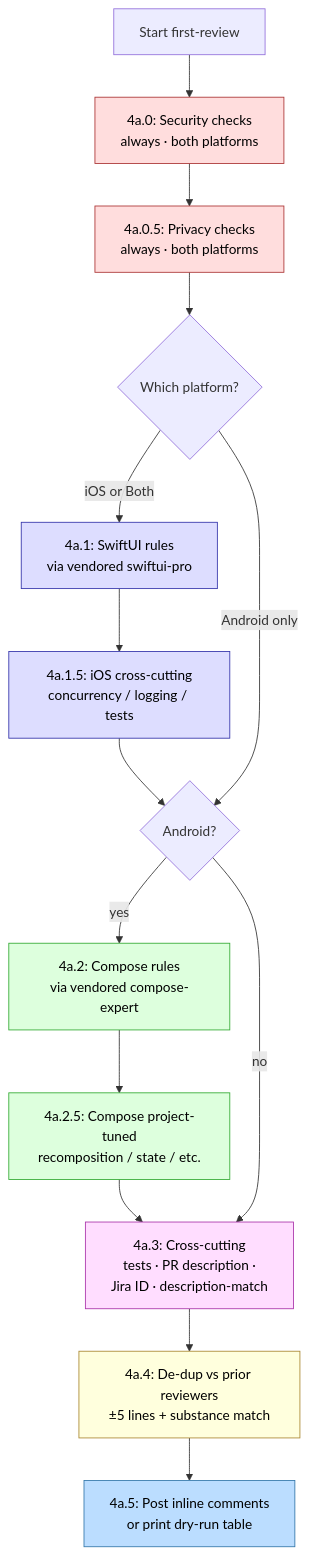
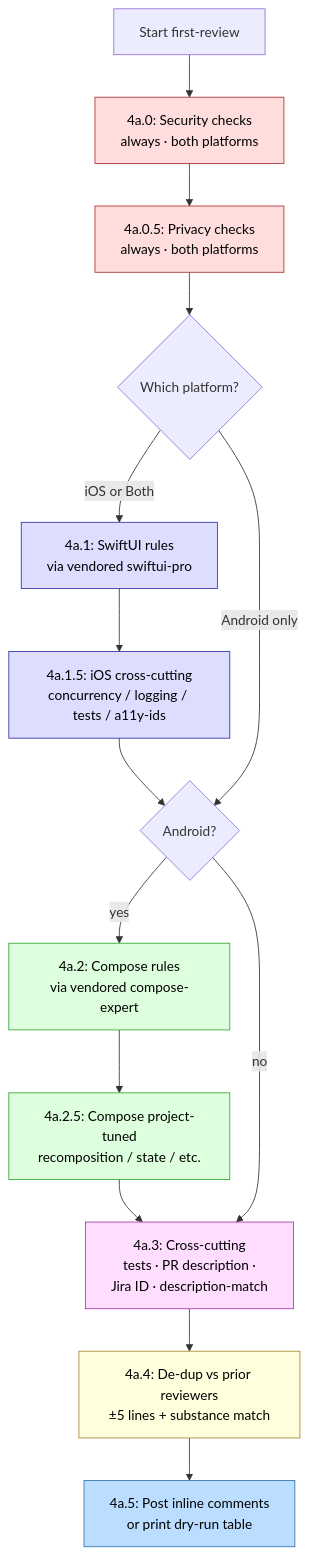
Before and after one commit to pkesavangg/pr-review-skills: the sixth of 15 diagrams in HOW-IT-WORKS.md, drawn with Mermaid. The commit also changed other lines of this file and 3 other files, not shown here.

````diff
--- a/HOW-IT-WORKS.md
+++ b/HOW-IT-WORKS.md
@@ -197,31 +197,31 @@
 ```mermaid
 flowchart TD
     Start[Start first-review] --> S40[4a.0: Security checks<br/>always · both platforms]
     S40 --> S405[4a.0.5: Privacy checks<br/>always · both platforms]
     S405 --> PlatBranch{Which platform?}
 
     PlatBranch -- iOS or Both --> S41[4a.1: SwiftUI rules<br/>via vendored swiftui-pro]
-    S41 --> S415[4a.1.5: iOS cross-cutting<br/>concurrency / logging / tests]
+    S41 --> S415[4a.1.5: iOS cross-cutting<br/>concurrency / logging / tests / a11y-ids]
     S415 --> AndroidGate
 
     PlatBranch -- Android only --> AndroidGate{Android?}
     AndroidGate -- yes --> S42[4a.2: Compose rules<br/>via vendored compose-expert]
     S42 --> S425[4a.2.5: Compose project-tuned<br/>recomposition / state / etc.]
     S425 --> S43
 
     AndroidGate -- no --> S43
 
     S43[4a.3: Cross-cutting<br/>tests · PR description ·<br/>Jira ID · description-match]
     S43 --> S44[4a.4: De-dup vs prior reviewers<br/>±5 lines + substance match]
     S44 --> S45[4a.5: Post inline comments<br/>or print dry-run table]
 
     style S40 fill:#fdd,stroke:#a33,color:#000
     style S405 fill:#fdd,stroke:#a33,color:#000
     style S41 fill:#ddf,stroke:#33a,color:#000
     style S415 fill:#ddf,stroke:#33a,color:#000
     style S42 fill:#dfd,stroke:#3a3,color:#000
     style S425 fill:#dfd,stroke:#3a3,color:#000
     style S43 fill:#fdf,stroke:#a3a,color:#000
     style S44 fill:#ffd,stroke:#a83,color:#000
     style S45 fill:#bdf,stroke:#37a,color:#000
 ```
````
